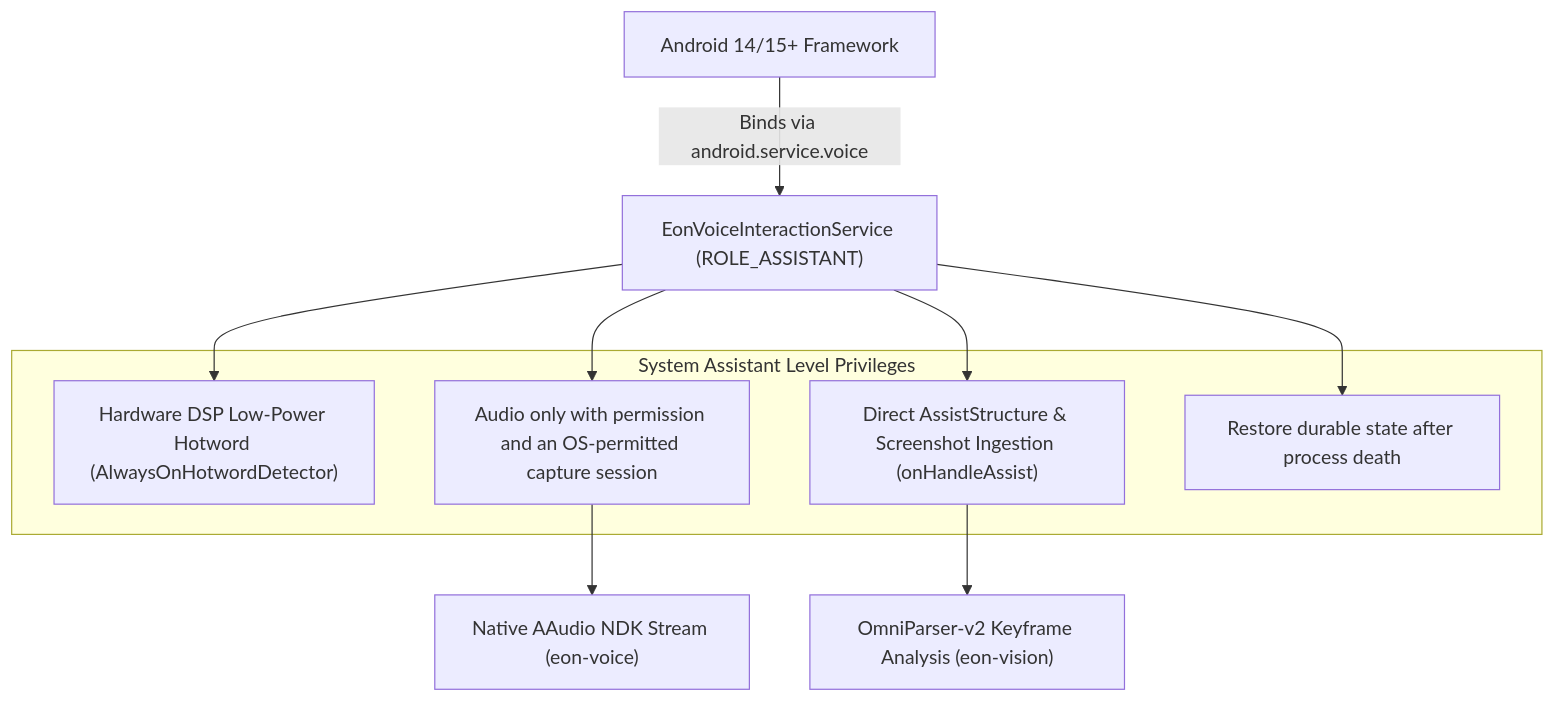
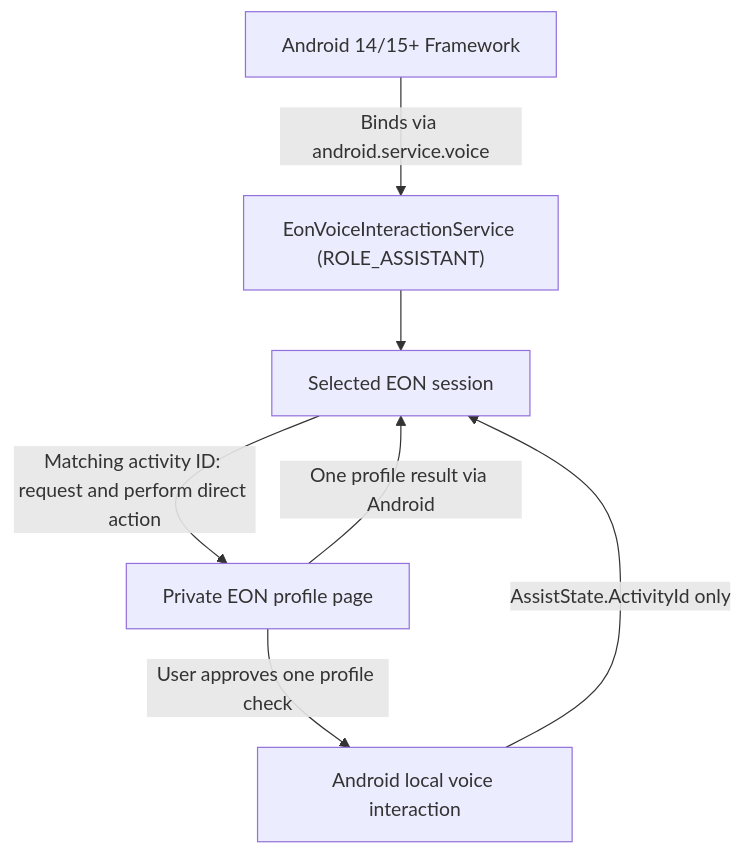
The diagram in docs/ANDROID_INTEGRATION_SPECIFICATION.md (Imperialorg/Eonba), drawn with Mermaid before and after one commit. The commit also changed other lines of this file and 25 other files, not shown here.

Commit message:
Verify two roadmap milestones and advance the remaining device and end-to-end gates

````diff
--- a/docs/ANDROID_INTEGRATION_SPECIFICATION.md
+++ b/docs/ANDROID_INTEGRATION_SPECIFICATION.md
@@ -264,19 +264,10 @@
 ```mermaid
 flowchart TD
     AndroidOS["Android 14/15+ Framework"] -->|Binds via android.service.voice| AssistantService["EonVoiceInteractionService (ROLE_ASSISTANT)"]
 
-    subgraph AssistantPrivileges["System Assistant Level Privileges"]
-        DSPWake["Hardware DSP Low-Power Hotword (AlwaysOnHotwordDetector)"]
-        LegalMic["Audio only with permission and an OS-permitted capture session"]
-        ScreenAssist["Direct AssistStructure & Screenshot Ingestion (onHandleAssist)"]
-        Restart["Restore durable state after process death"]
-    end
-
-    AssistantService --> DSPWake
-    AssistantService --> LegalMic
-    AssistantService --> ScreenAssist
-    AssistantService --> Restart
-    
-    LegalMic --> NativeCore["Native AAudio NDK Stream (eon-voice)"]
-    ScreenAssist --> VisionCore["OmniParser-v2 Keyframe Analysis (eon-vision)"]
+    Source["Private EON profile page"] -->|User approves one profile check| Local["Android local voice interaction"]
+    Local -->|AssistState.ActivityId only| Session["Selected EON session"]
+    AssistantService --> Session
+    Session -->|Matching activity ID: request and perform direct action| Source
+    Source -->|One profile result via Android| Session
 ```
````
